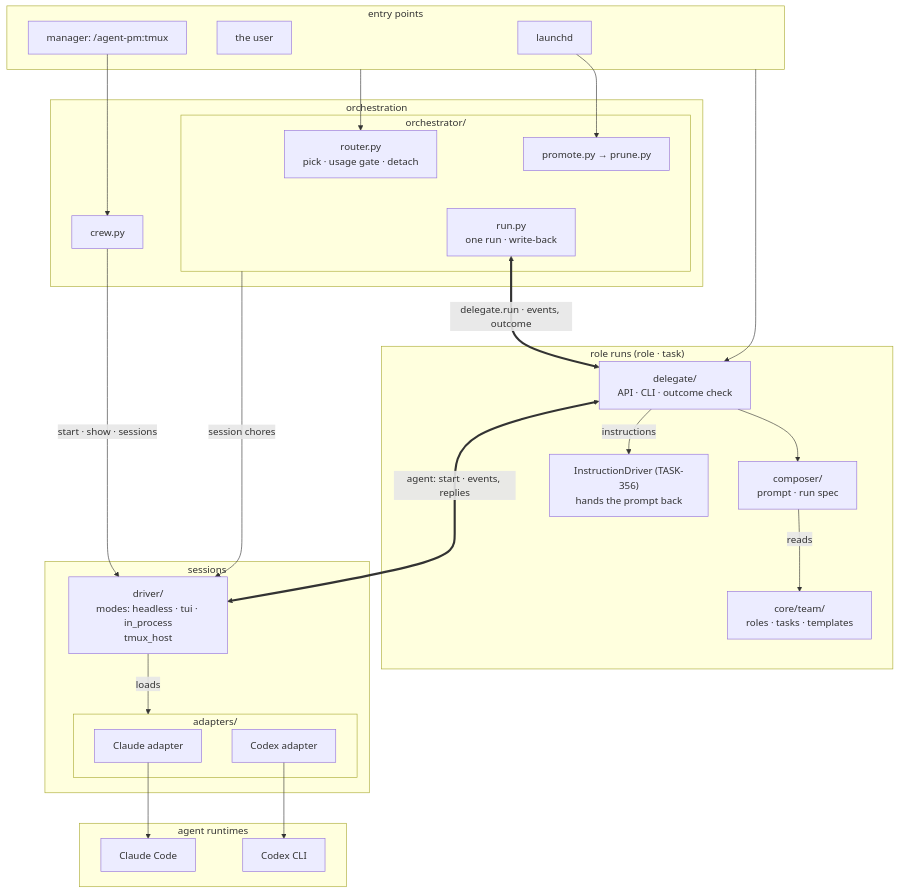
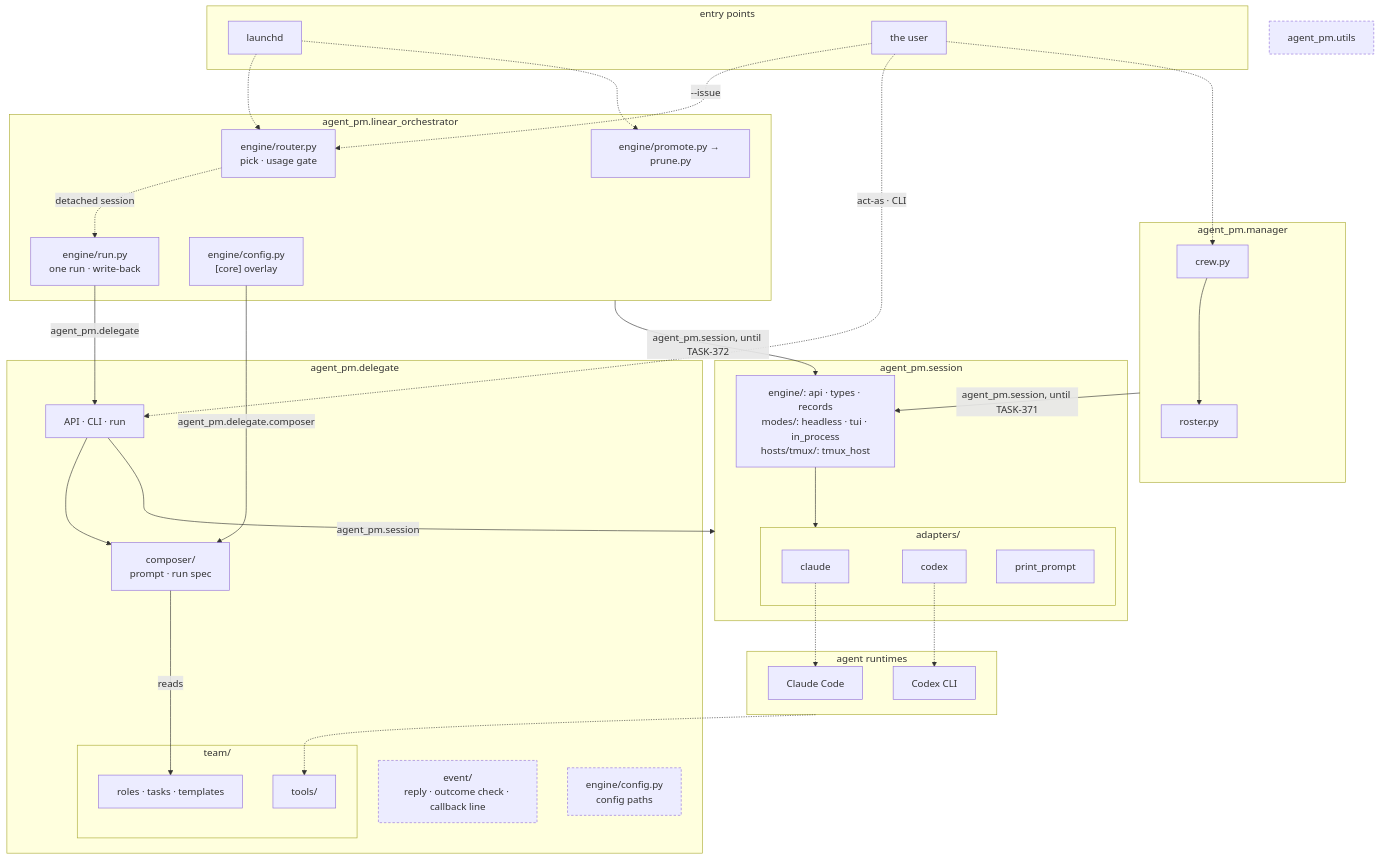
Before and after one commit to ophis/agent-pm: the second of 4 diagrams in README.md, drawn with Mermaid. The commit also changed other lines of this file and 412 other files, not shown here.

First line of the commit message:
Re-architecture: new core and orchestrator (TASK-314, TASK-315) (#164)

````diff
--- a/README.md
+++ b/README.md
@@ -20,49 +18,57 @@
 ```mermaid
 flowchart TB
   subgraph EN[entry points]
     LD[launchd]
     HU[the user]
-    M["manager: /agent-pm:tmux"]
   end
-  subgraph L1[orchestration]
-    subgraph OR[orchestrator/]
-      R["router.py<br>pick · usage gate · detach"]
-      RU["run.py<br>one run · write-back"]
-      PP["promote.py → prune.py"]
-    end
-    W[crew.py]
+  subgraph MG[agent_pm.manager]
+    W[crew.py] --> RS[roster.py]
   end
-  subgraph L2["role runs (role · task)"]
-    D["delegate/<br>API · CLI · outcome check"]
+  subgraph LO[agent_pm.linear_orchestrator]
+    R["engine/router.py<br>pick · usage gate"]
+    RU["engine/run.py<br>one run · write-back"]
+    PP["engine/promote.py → prune.py"]
+    LC["engine/config.py<br>[core] overlay"]
+  end
+  subgraph DL[agent_pm.delegate]
+    D["API · CLI · run"]
     C["composer/<br>prompt · run spec"]
-    ID["InstructionDriver (TASK-356)<br>hands the prompt back"]
-    T["core/team/<br>roles · tasks · templates"]
-  end
-  subgraph L3[sessions]
-    DR["driver/<br>modes: headless · tui · in_process<br>tmux_host"]
-    subgraph AD[adapters/]
-      CL[Claude adapter]
-      CX[Codex adapter]
+    EV["event/<br>reply · outcome check · callback line"]
+    CF["engine/config.py<br>config paths"]
+    subgraph TM[team/]
+      T["roles · tasks · templates"]
+      AT[tools/]
     end
   end
+  subgraph SE[agent_pm.session]
+    DR["engine/: api · types · records<br>modes/: headless · tui · in_process<br>hosts/tmux/: tmux_host"]
+    subgraph AD[adapters/]
+      CL[claude]
+      CX[codex]
+      PR[print_prompt]
+    end
+  end
+  U[agent_pm.utils]
   subgraph RT[agent runtimes]
     P1[Claude Code]
     P2[Codex CLI]
   end
-  EN --> R
-  EN --> D
-  LD --> PP
-  M --> W
-  W -->|"start · show · sessions"| DR
-  RU <==>|"delegate.run · events, outcome"| D
-  OR -->|"session chores"| DR
+  LD -.-> R & PP
+  HU -.->|"--issue"| R
+  HU -.->|"act-as · CLI"| D
+  HU -.-> W
+  R -.->|detached session| RU
+  RU -->|agent_pm.delegate| D
+  LC -->|agent_pm.delegate.composer| C
+  LO -->|"agent_pm.session, until TASK-372"| DR
+  MG -->|"agent_pm.session, until TASK-371"| DR
   D --> C
+  D -->|agent_pm.session| SE
   C -->|reads| T
-  D -->|instructions| ID
-  D <==>|"agent: start · events, replies"| DR
-  DR -->|loads| AD
-  CL --> P1
-  CX --> P2
-  R ~~~ RU
-  C ~~~ DR
+  DR --> AD
+  CL -.-> P1
+  CX -.-> P2
+  RT -.-> AT
+  classDef shared stroke-dasharray: 4 3
+  class EV,U,CF shared
 ```
````
